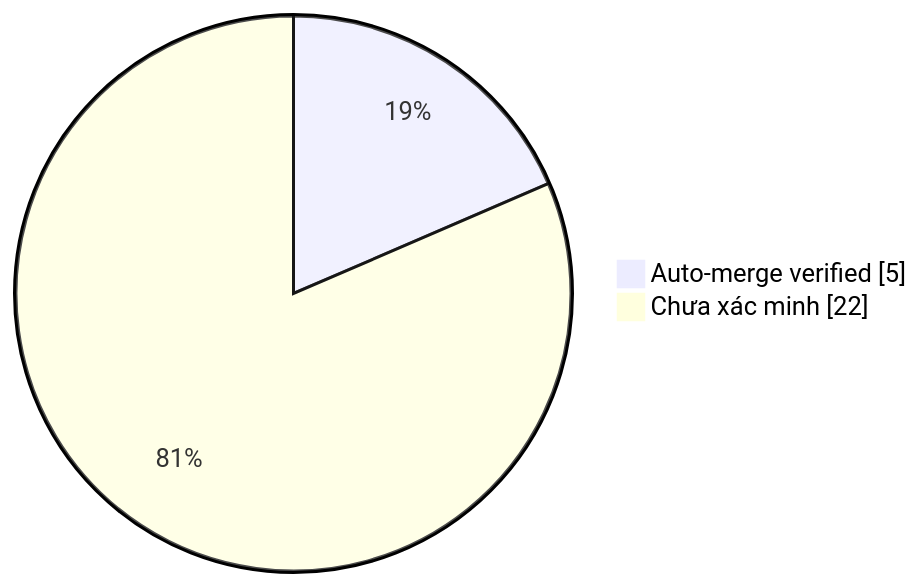
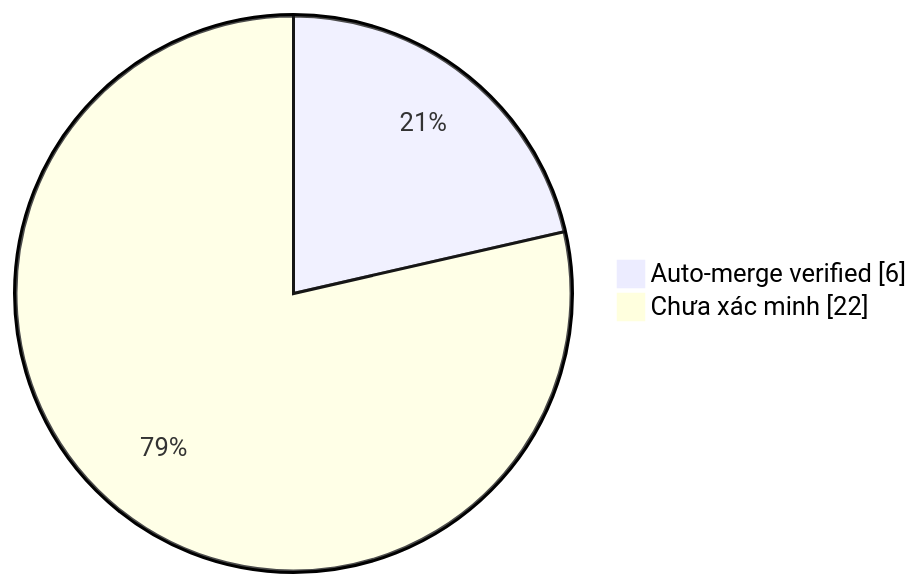
The diagram in collector.md (duykhang68/tetdinhmuiblog), drawn with Mermaid before and after one commit. The commit also changed other lines of this file and 1 other file, not shown here.

Commit message:
docs(collector): update auto-merge evidence dashboard

````diff
--- a/collector.md
+++ b/collector.md
@@ -22,5 +22,5 @@
 ```mermaid
 pie showData
-    "Auto-merge verified" : 5
+    "Auto-merge verified" : 6
     "Chưa xác minh" : 22
 ```
````
